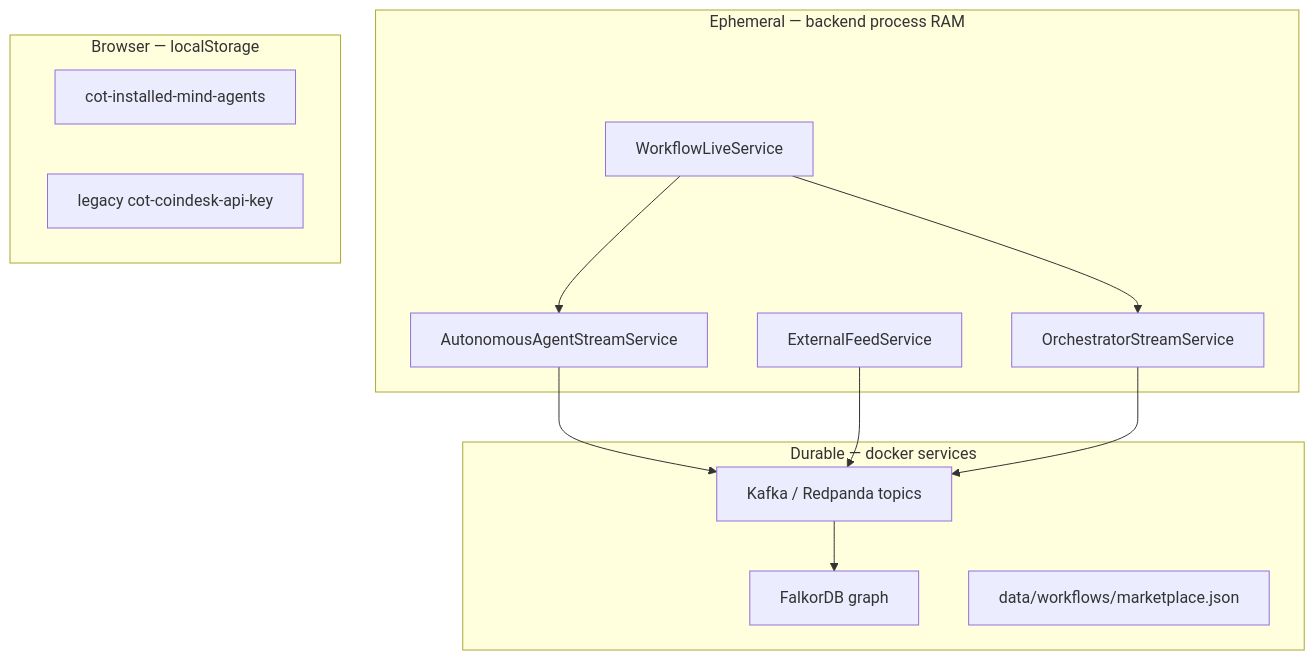
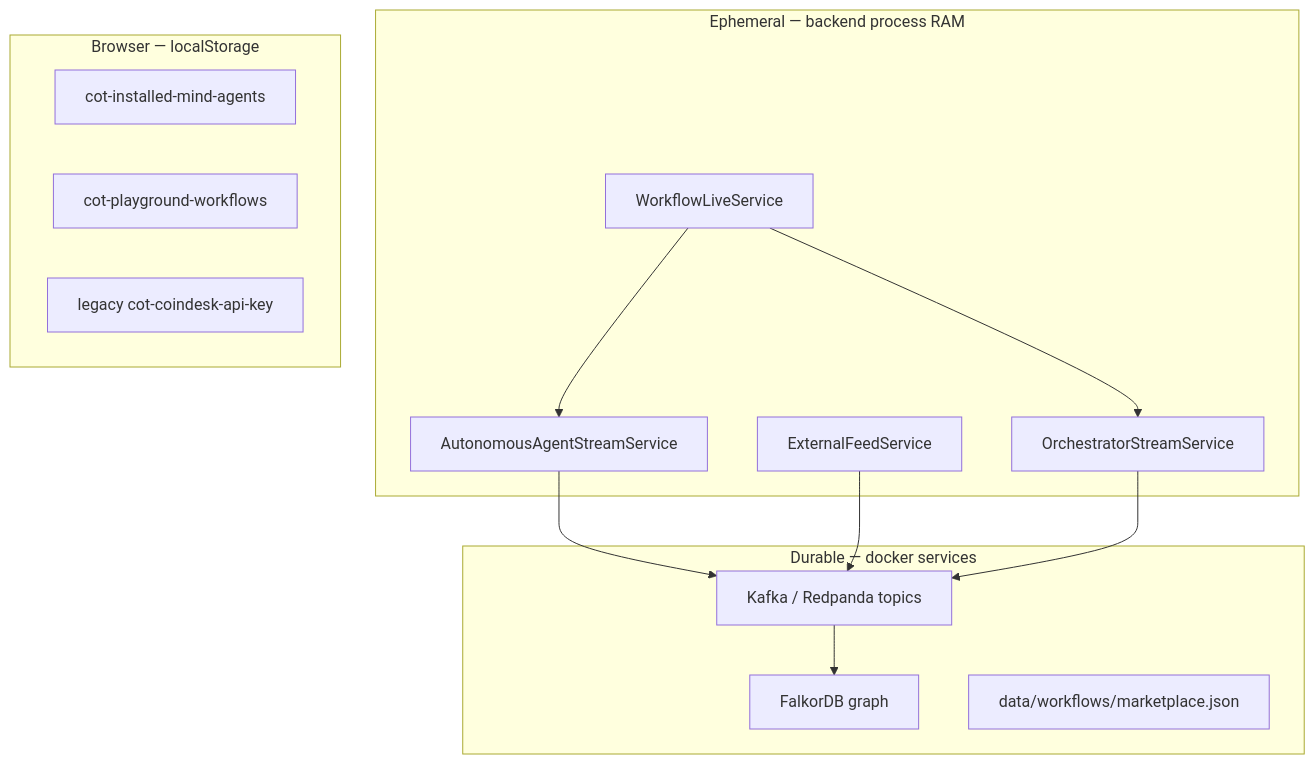
The diagram in run-setup.md (blizet/Conduence), drawn with Mermaid before and after one commit. The commit also changed other lines of this file and 26 other files, not shown here.

Commit message:
feat: LangSmith provenance, workflow persistence, and CoT graph UX

````diff
--- a/run-setup.md
+++ b/run-setup.md
@@ -41,24 +43,25 @@
 ```mermaid
 flowchart TB
   subgraph ephemeral ["Ephemeral — backend process RAM"]
     WL[WorkflowLiveService]
     AS[AutonomousAgentStreamService]
     OS[OrchestratorStreamService]
     EF[ExternalFeedService]
   end
   subgraph durable ["Durable — docker services"]
     K[Kafka / Redpanda topics]
     F[FalkorDB graph]
     M[data/workflows/marketplace.json]
   end
   subgraph browser ["Browser — localStorage"]
     IA[cot-installed-mind-agents]
+    WF[cot-playground-workflows]
     CK[legacy cot-coindesk-api-key]
   end
   WL --> AS
   WL --> OS
   AS --> K
   EF --> K
   OS --> K
   K --> F
 ```
````
